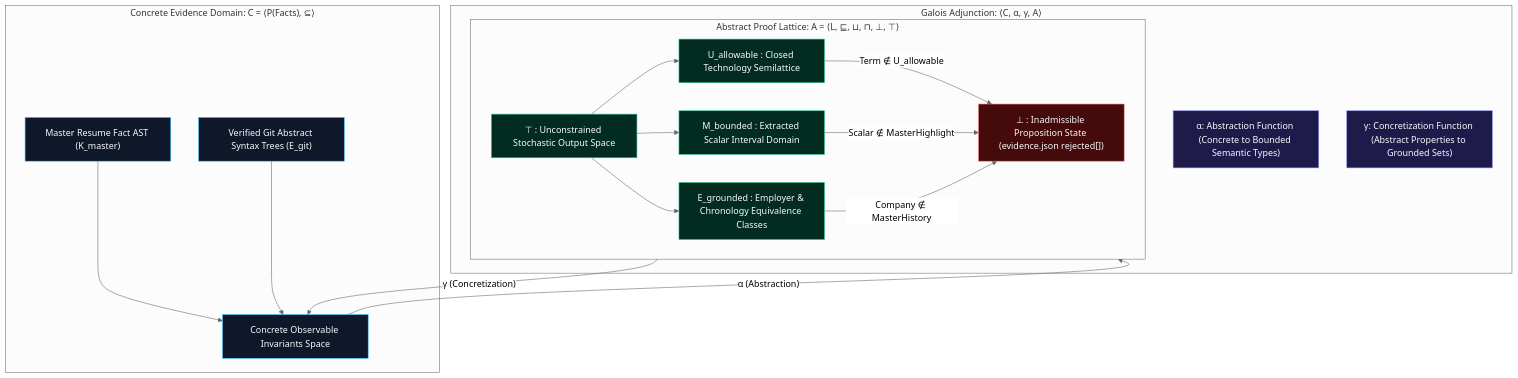
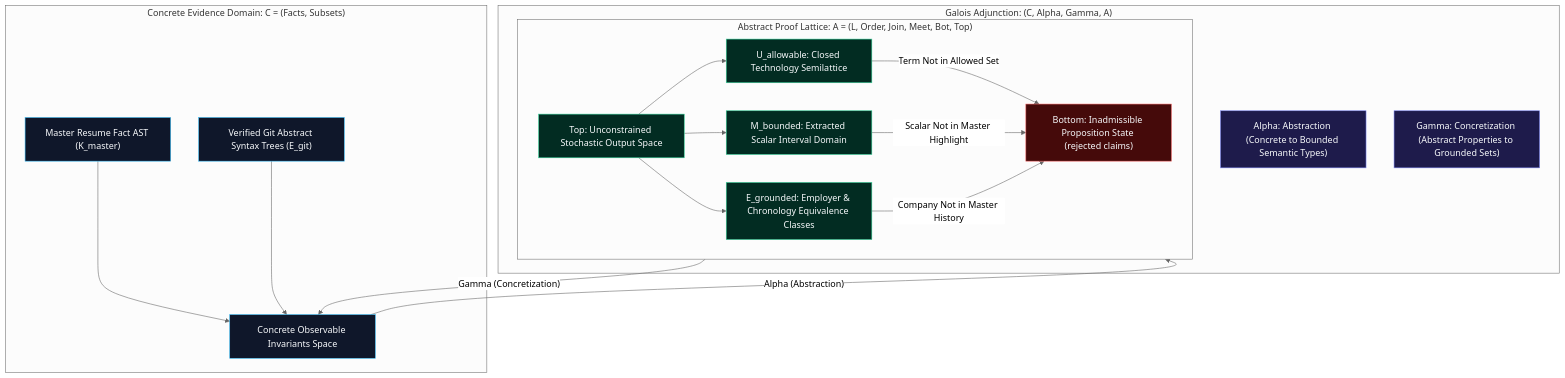
Before and after one commit to DevKano98/ResumeForge: the second of 6 diagrams in README.md, drawn with Mermaid (neutral theme). The commit also changed other lines of this file, not shown here.

Commit message:
docs: restructure all Mermaid diagrams into vertical mobile-first pipelines with ASCII labels

````diff
--- a/README.md
+++ b/README.md
@@ -96,38 +101,38 @@
 ```mermaid
 flowchart TD
     classDef concrete fill:#0f172a,stroke:#38bdf8,stroke-width:1px,color:#f8fafc;
     classDef bridge fill:#1e1b4b,stroke:#818cf8,stroke-width:1px,color:#f8fafc;
     classDef lattice fill:#022c22,stroke:#34d399,stroke-width:1px,color:#f8fafc;
     classDef reject fill:#450a0a,stroke:#f87171,stroke-width:1px,color:#f8fafc;
 
-    subgraph ConcreteDomain ["Concrete Evidence Domain: C = ⟨P(Facts), ⊆⟩"]
+    subgraph ConcreteDomain ["Concrete Evidence Domain: C = (Facts, Subsets)"]
         MasterFacts["Master Resume Fact AST (K_master)"]:::concrete
         GitCodebase["Verified Git Abstract Syntax Trees (E_git)"]:::concrete
         ConcreteSpace["Concrete Observable Invariants Space"]:::concrete
         MasterFacts --> ConcreteSpace
         GitCodebase --> ConcreteSpace
     end
 
-    subgraph GaloisBridge ["Galois Adjunction: ⟨C, α, γ, A⟩"]
-        Alpha["α: Abstraction Function (Concrete to Bounded Semantic Types)"]:::bridge
-        Gamma["γ: Concretization Function (Abstract Properties to Grounded Sets)"]:::bridge
-        ConcreteSpace -- "α (Abstraction)" --> AbstractDomain
-        AbstractDomain -- "γ (Concretization)" --> ConcreteSpace
+    subgraph GaloisBridge ["Galois Adjunction: (C, Alpha, Gamma, A)"]
+        Alpha["Alpha: Abstraction (Concrete to Bounded Semantic Types)"]:::bridge
+        Gamma["Gamma: Concretization (Abstract Properties to Grounded Sets)"]:::bridge
+        ConcreteSpace -- "Alpha (Abstraction)" --> AbstractDomain
+        AbstractDomain -- "Gamma (Concretization)" --> ConcreteSpace
     end
 
-    subgraph AbstractDomain ["Abstract Proof Lattice: A = ⟨L, ⊑, ⊔, ⊓, ⊥, ⊤⟩"]
-        Top["⊤ : Unconstrained Stochastic Output Space"]:::lattice
-        TechSemilattice["U_allowable : Closed Technology Semilattice"]:::lattice
-        MetricIntervals["M_bounded : Extracted Scalar Interval Domain"]:::lattice
-        HistoryPowerSet["E_grounded : Employer & Chronology Equivalence Classes"]:::lattice
-        Bottom["⊥ : Inadmissible Proposition State (evidence.json rejected[])"]:::reject
+    subgraph AbstractDomain ["Abstract Proof Lattice: A = (L, Order, Join, Meet, Bot, Top)"]
+        TopNode["Top: Unconstrained Stochastic Output Space"]:::lattice
+        TechSemilattice["U_allowable: Closed Technology Semilattice"]:::lattice
+        MetricIntervals["M_bounded: Extracted Scalar Interval Domain"]:::lattice
+        HistoryPowerSet["E_grounded: Employer & Chronology Equivalence Classes"]:::lattice
+        BotNode["Bottom: Inadmissible Proposition State (rejected claims)"]:::reject
 
-        Top --> TechSemilattice
-        Top --> MetricIntervals
-        Top --> HistoryPowerSet
+        TopNode --> TechSemilattice
+        TopNode --> MetricIntervals
+        TopNode --> HistoryPowerSet
 
-        TechSemilattice -- "Term ∉ U_allowable" --> Bottom
-        MetricIntervals -- "Scalar ∉ MasterHighlight" --> Bottom
-        HistoryPowerSet -- "Company ∉ MasterHistory" --> Bottom
+        TechSemilattice -- "Term Not in Allowed Set" --> BotNode
+        MetricIntervals -- "Scalar Not in Master Highlight" --> BotNode
+        HistoryPowerSet -- "Company Not in Master History" --> BotNode
     end
 ```
````
